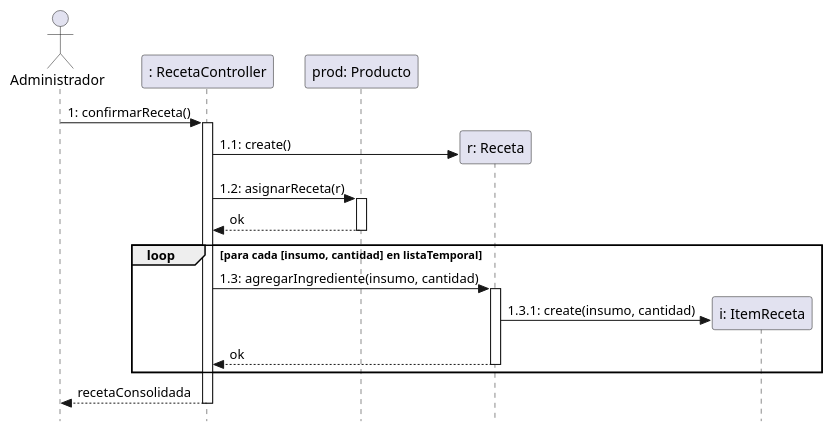
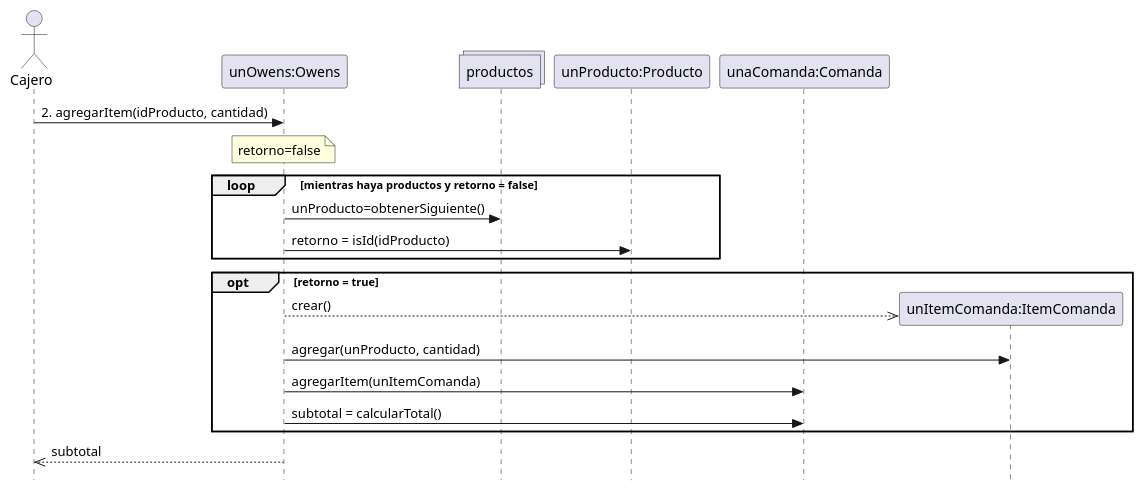
One commit to DiegoParadiso/owens changed the third of 11 diagrams in docs/3_Especificacion_y_Diseno/3.4_realizaciones_casos_uso_dsd.md. Above: the diagram before and after it, drawn with PlantUML. The commit also changed other lines of this file and 1 other file, not shown here.

````diff
--- a/docs/3_Especificacion_y_Diseno/3.4_realizaciones_casos_uso_dsd.md
+++ b/docs/3_Especificacion_y_Diseno/3.4_realizaciones_casos_uso_dsd.md
@@ -68,38 +69,30 @@
 ```plantuml
 @startuml
 skinparam style strictuml
 hide footbox
 
-actor Administrador as A
-participant ": RecetaController" as Ctrl
-participant "prod: Producto" as Prod
-participant "r: Receta" as Receta
-participant "i: ItemReceta" as Item
+actor Cajero as C
+participant "unOwens:Owens" as Owens
+collections "productos" as ColProductos
+participant "unProducto:Producto" as Prod
+participant "unaComanda:Comanda" as Comanda
 
-A -> Ctrl : 1: confirmarReceta()
-activate Ctrl
+C -> Owens : 2. agregarItem(idProducto, cantidad)
+note over Owens : retorno=false
 
-create Receta
-Ctrl -> Receta : 1.1: create()
-
-Ctrl -> Prod : 1.2: asignarReceta(r)
-activate Prod
-Prod --> Ctrl : ok
-deactivate Prod
-
-loop para cada [insumo, cantidad] en listaTemporal
-    Ctrl -> Receta : 1.3: agregarIngrediente(insumo, cantidad)
-    activate Receta
-    
-    create Item
-    Receta -> Item : 1.3.1: create(insumo, cantidad)
-    
-    Receta --> Ctrl : ok
-    deactivate Receta
+loop mientras haya productos y retorno = false
+    Owens -> ColProductos : unProducto=obtenerSiguiente()
+    Owens -> Prod : retorno = isId(idProducto)
 end
 
-Ctrl --> A : recetaConsolidada
-deactivate Ctrl
+opt retorno = true
+    create participant "unItemComanda:ItemComanda" as Item
+    Owens -->> Item : crear()
+    Owens -> Item : agregar(unProducto, cantidad)
+    Owens -> Comanda : agregarItem(unItemComanda)
+    Owens -> Comanda : subtotal = calcularTotal()
+end
 
+Owens -->> C : subtotal
 @enduml
 ```
````
